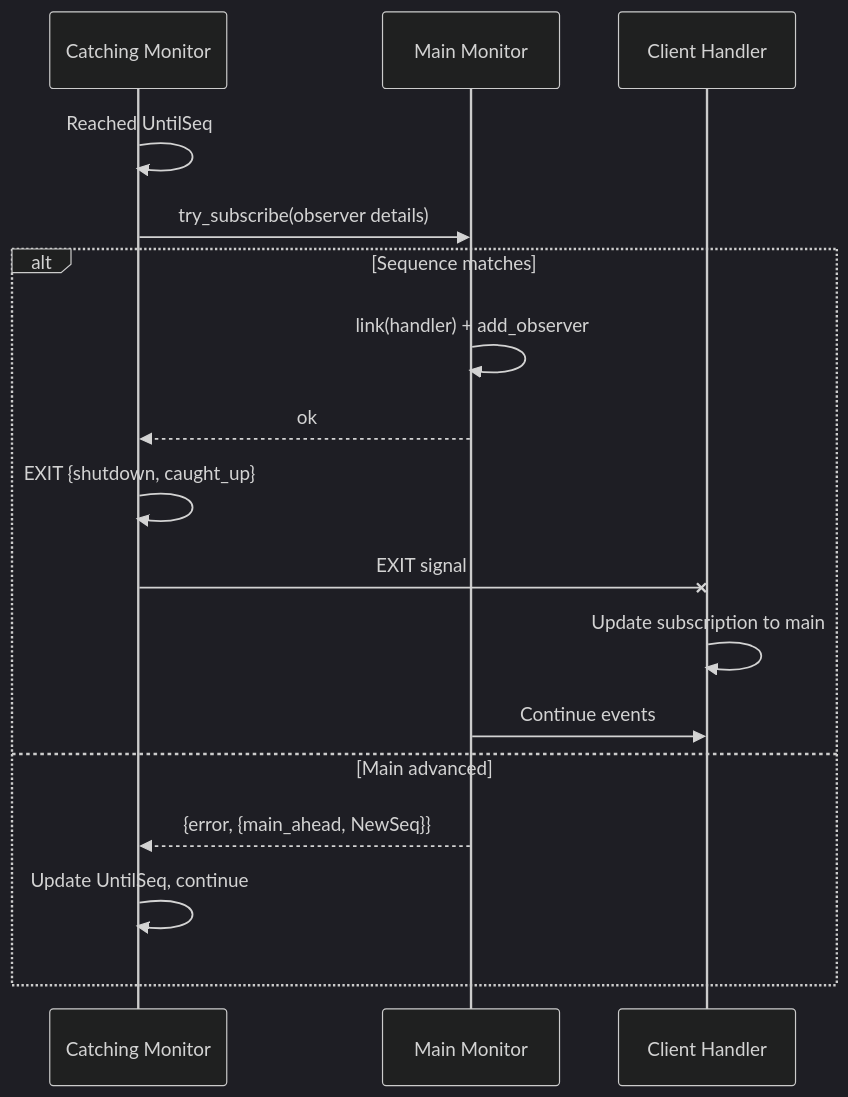
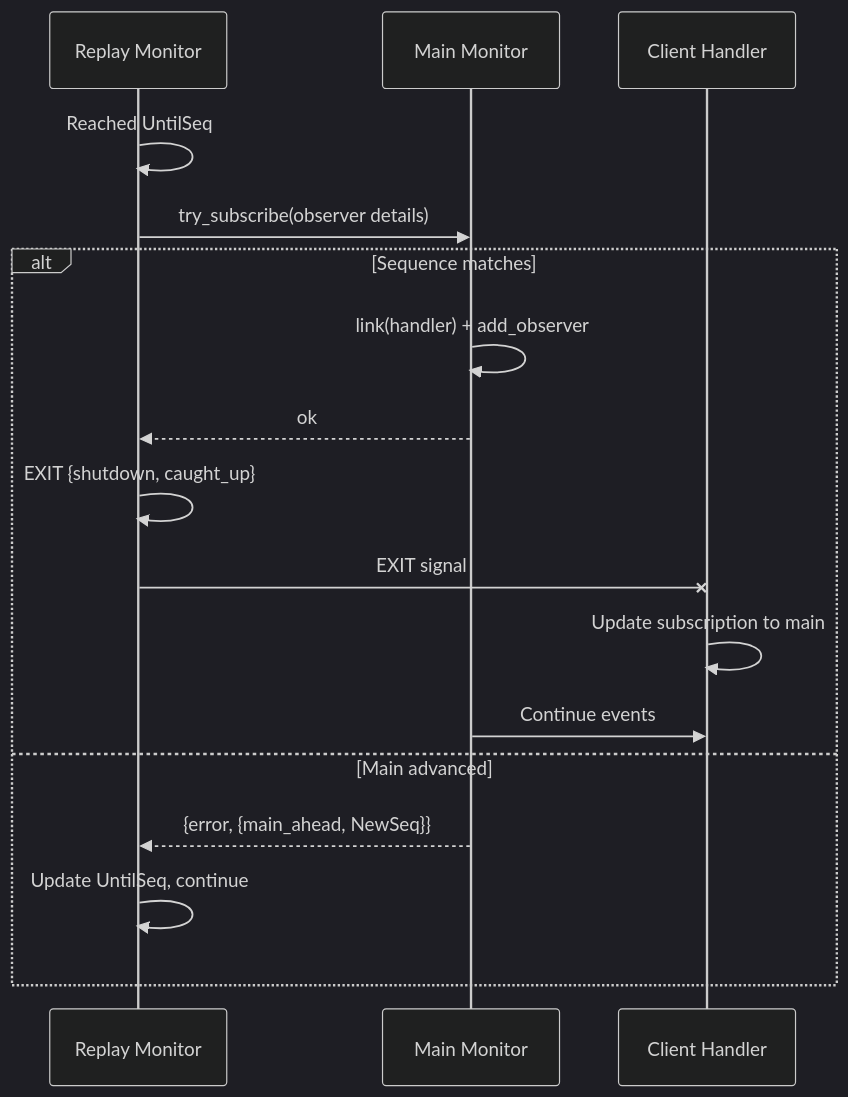
The second of 2 diagrams in doc/design/files_monitoring/monitors.md (onedata/op-worker), drawn with Mermaid (dark theme) before and after one commit. The commit also changed other lines of this file and 12 other files, not shown here.

Commit message:
VFS-12887 Rename catching monitor to replay monitor

````diff
--- a/doc/design/files_monitoring/monitors.md
+++ b/doc/design/files_monitoring/monitors.md
@@ -181,21 +181,21 @@
 ```mermaid
 sequenceDiagram
-    participant Catch as Catching Monitor
+    participant Replay as Replay Monitor
     participant Main as Main Monitor
     participant Handler as Client Handler
     
-    Catch->>Catch: Reached UntilSeq
-    Catch->>Main: try_subscribe(observer details)
+    Replay->>Replay: Reached UntilSeq
+    Replay->>Main: try_subscribe(observer details)
     
     alt Sequence matches
         Main->>Main: link(handler) + add_observer
-        Main-->>Catch: ok
-        Catch->>Catch: EXIT {shutdown, caught_up}
-        Catch-xHandler: EXIT signal
+        Main-->>Replay: ok
+        Replay->>Replay: EXIT {shutdown, caught_up}
+        Replay-xHandler: EXIT signal
         Handler->>Handler: Update subscription to main
         Main->>Handler: Continue events
     else Main advanced
-        Main-->>Catch: {error, {main_ahead, NewSeq}}
-        Catch->>Catch: Update UntilSeq, continue
+        Main-->>Replay: {error, {main_ahead, NewSeq}}
+        Replay->>Replay: Update UntilSeq, continue
     end
 ```
````
